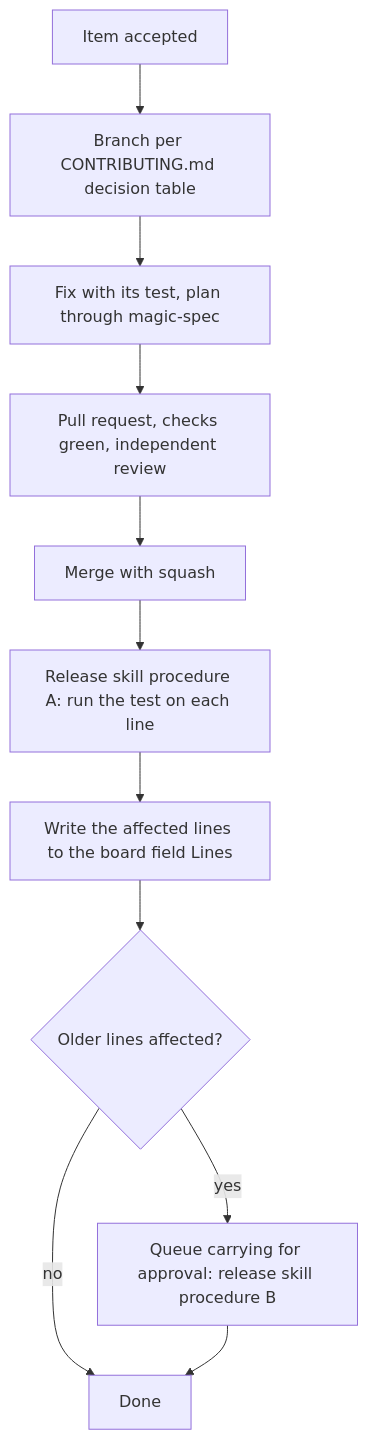
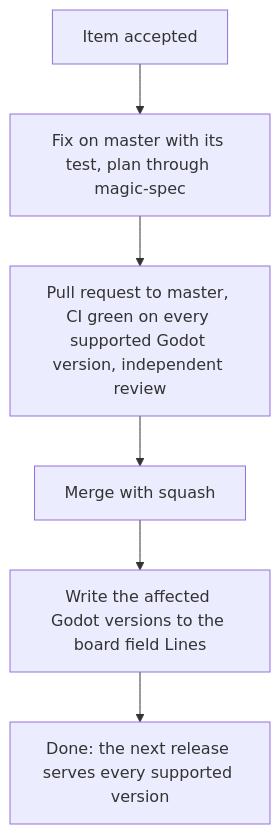
The diagram in .design/main/specifications/l2-repo-steward-godot-mcp.md (theromis/godot-mcp), drawn with Mermaid before and after one commit. The commit also changed other lines of this file and 47 other files, not shown here.

First line of the commit message:
build: one build for every Godot version, made from master (#176)

````diff
--- a/.design/main/specifications/l2-repo-steward-godot-mcp.md
+++ b/.design/main/specifications/l2-repo-steward-godot-mcp.md
@@ -119,13 +118,8 @@
 ```mermaid
 graph TD
-    A[Item accepted] --> B[Branch per CONTRIBUTING.md decision table]
-    B --> C[Fix with its test, plan through magic-spec]
-    C --> D[Pull request, checks green, independent review]
-    D --> E[Merge with squash]
-    E --> F[Release skill procedure A: run the test on each line]
-    F --> G[Write the affected lines to the board field Lines]
-    G --> H{Older lines affected?}
-    H -->|yes| I[Queue carrying for approval: release skill procedure B]
-    H -->|no| J[Done]
-    I --> J
+    A[Item accepted] --> B[Fix on master with its test, plan through magic-spec]
+    B --> C[Pull request to master, CI green on every supported Godot version, independent review]
+    C --> D[Merge with squash]
+    D --> E[Write the affected Godot versions to the board field Lines]
+    E --> F[Done: the next release serves every supported version]
 ```
````
